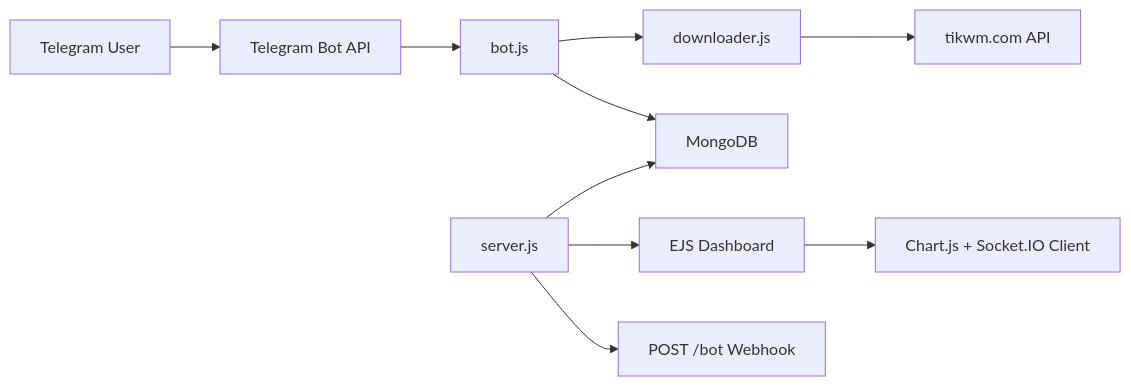
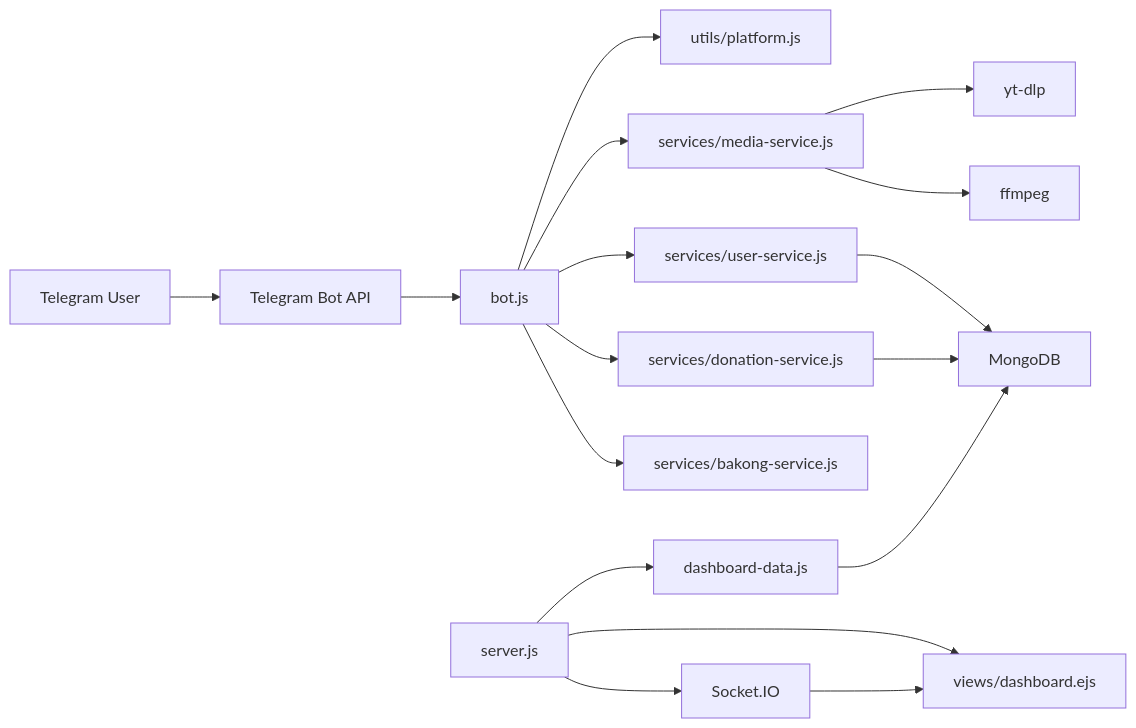
The diagram in README.md (davidjackz/Platform_Download_Link), drawn with Mermaid before and after one commit. The commit also changed other lines of this file and 23 other files, not shown here.

````diff
--- a/README.md
+++ b/README.md
@@ -82,12 +108,19 @@
 ```mermaid
 flowchart LR
     U["Telegram User"] --> T["Telegram Bot API"]
     T --> B["bot.js"]
-    B --> D["downloader.js"]
-    D --> X["tikwm.com API"]
-    B --> M["MongoDB"]
-    S["server.js"] --> M
-    S --> V["EJS Dashboard"]
-    S --> W["POST /bot<TOKEN> Webhook"]
-    V --> C["Chart.js + Socket.IO Client"]
+    B --> P["utils/platform.js"]
+    B --> M["services/media-service.js"]
+    M --> Y["yt-dlp"]
+    M --> F["ffmpeg"]
+    B --> US["services/user-service.js"]
+    US --> DB["MongoDB"]
+    B --> DS["services/donation-service.js"]
+    B --> BK["services/bakong-service.js"]
+    DS --> DB
+    S["server.js"] --> DD["dashboard-data.js"]
+    DD --> DB
+    S --> V["views/dashboard.ejs"]
+    S --> IO["Socket.IO"]
+    IO --> V
 ```
````
